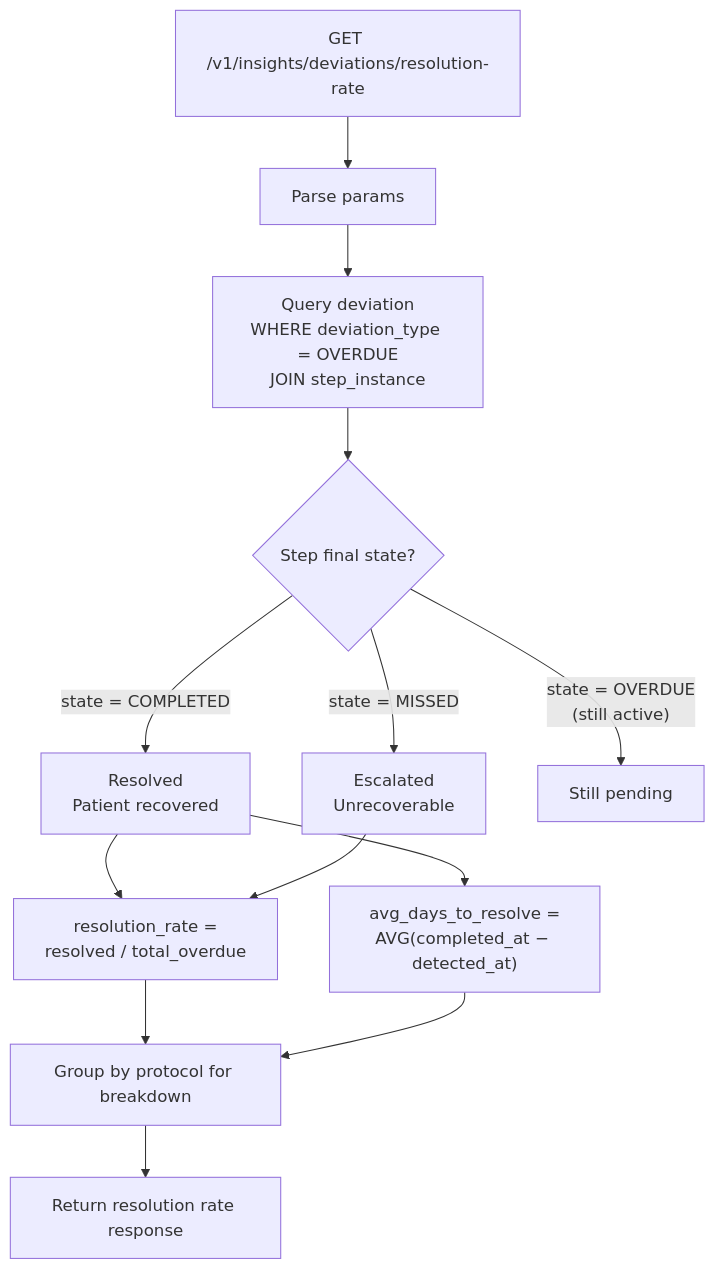
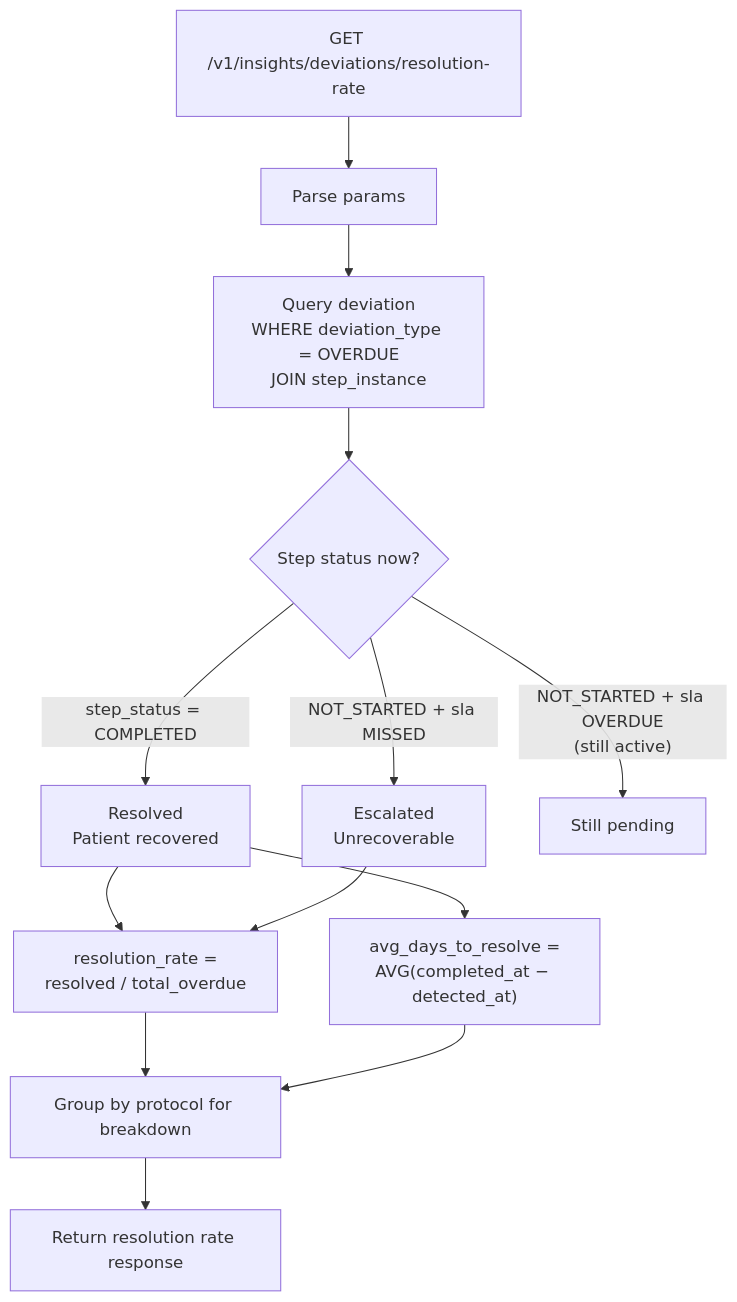
Before and after one commit to openphc/cce-insights-service: diagram 16 of 29 in docs/flow-diagrams.md, drawn with Mermaid. The commit also changed other lines of this file and 81 other files, not shown here.

First line of the commit message:
Read the CCE 2.0.0 cce_analytics schema

````diff
--- a/docs/flow-diagrams.md
+++ b/docs/flow-diagrams.md
@@ -330,18 +330,18 @@
 ```mermaid
 flowchart TD
     A[GET /v1/insights/deviations/resolution-rate] --> B[Parse params]
     B --> C[Query deviation<br/>WHERE deviation_type = OVERDUE<br/>JOIN step_instance]
-    C --> D{Step final state?}
+    C --> D{Step status now?}
 
-    D -- "state = COMPLETED" --> E[Resolved<br/>Patient recovered]
-    D -- "state = MISSED" --> F[Escalated<br/>Unrecoverable]
-    D -- "state = OVERDUE<br/>(still active)" --> G[Still pending]
+    D -- "step_status = COMPLETED" --> E[Resolved<br/>Patient recovered]
+    D -- "NOT_STARTED + sla MISSED" --> F[Escalated<br/>Unrecoverable]
+    D -- "NOT_STARTED + sla OVERDUE<br/>(still active)" --> G[Still pending]
 
     E --> H["resolution_rate =<br/>resolved / total_overdue"]
     F --> H
     E --> I["avg_days_to_resolve =<br/>AVG(completed_at − detected_at)"]
 
     H --> J[Group by protocol for breakdown]
     I --> J
     J --> K[Return resolution rate response]
 ```
````
